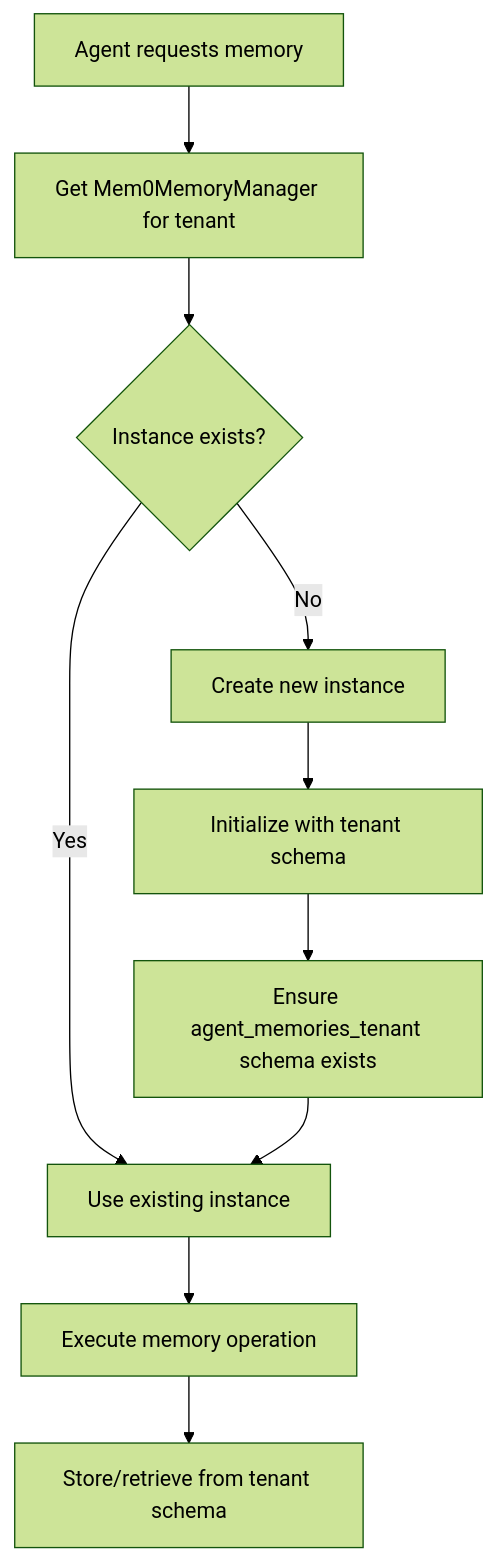
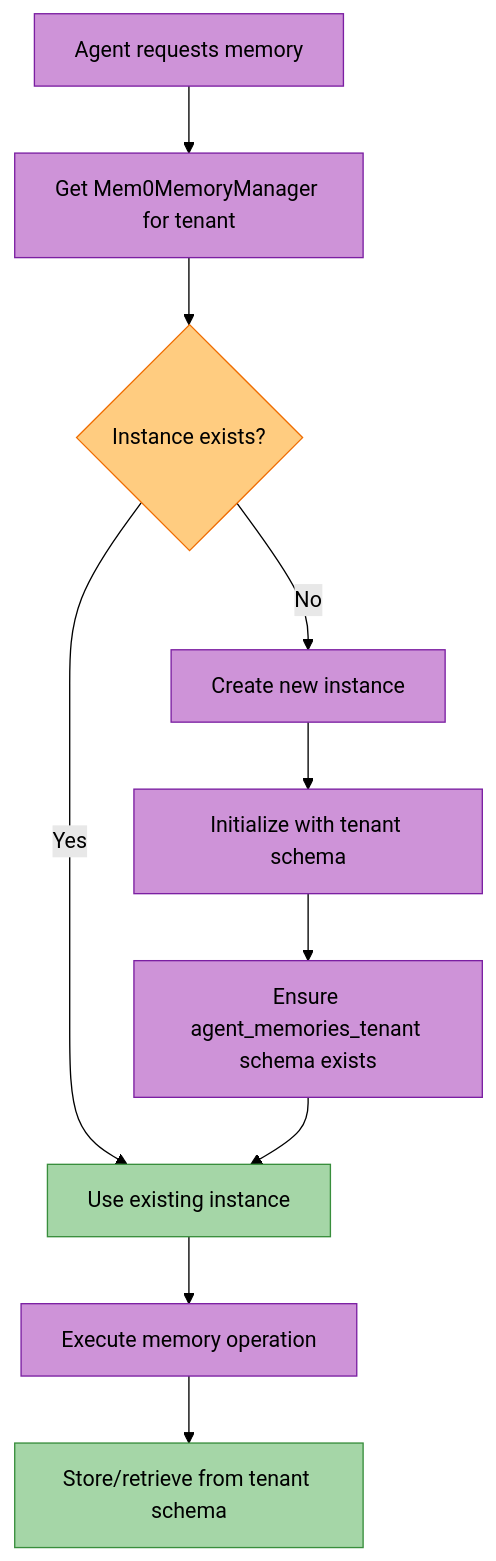
One commit to amit-jain/cogniverse changed the third of 6 diagrams in docs/architecture/multi-tenant.md. Above: the diagram before and after it, drawn with Mermaid (forest theme). The commit also changed other lines of this file and 83 other files, not shown here.

First line of the commit message:
Fix documentation veracity, formatting, and diagrams across all modules

````diff
--- a/docs/architecture/multi-tenant.md
+++ b/docs/architecture/multi-tenant.md
@@ -619,12 +646,22 @@
 ```mermaid
-graph TD
-    A[Agent requests memory] --> B[Get Mem0MemoryManager for tenant]
-    B --> C{Instance exists?}
-    C -->|Yes| D[Use existing instance]
-    C -->|No| E[Create new instance]
-    E --> F[Initialize with tenant schema]
-    F --> G[Ensure agent_memories_tenant schema exists]
+flowchart TD
+    A[<span style='color:#000'>Agent requests memory</span>] --> B[<span style='color:#000'>Get Mem0MemoryManager for tenant</span>]
+    B --> C{<span style='color:#000'>Instance exists?</span>}
+    C -->|Yes| D[<span style='color:#000'>Use existing instance</span>]
+    C -->|No| E[<span style='color:#000'>Create new instance</span>]
+    E --> F[<span style='color:#000'>Initialize with tenant schema</span>]
+    F --> G[<span style='color:#000'>Ensure agent_memories_tenant schema exists</span>]
     G --> D
-    D --> H[Execute memory operation]
-    H --> I[Store/retrieve from tenant schema]
+    D --> H[<span style='color:#000'>Execute memory operation</span>]
+    H --> I[<span style='color:#000'>Store/retrieve from tenant schema</span>]
+
+    style A fill:#ce93d8,stroke:#7b1fa2,color:#000
+    style B fill:#ce93d8,stroke:#7b1fa2,color:#000
+    style C fill:#ffcc80,stroke:#ef6c00,color:#000
+    style D fill:#a5d6a7,stroke:#388e3c,color:#000
+    style E fill:#ce93d8,stroke:#7b1fa2,color:#000
+    style F fill:#ce93d8,stroke:#7b1fa2,color:#000
+    style G fill:#ce93d8,stroke:#7b1fa2,color:#000
+    style H fill:#ce93d8,stroke:#7b1fa2,color:#000
+    style I fill:#a5d6a7,stroke:#388e3c,color:#000
 ```
````
